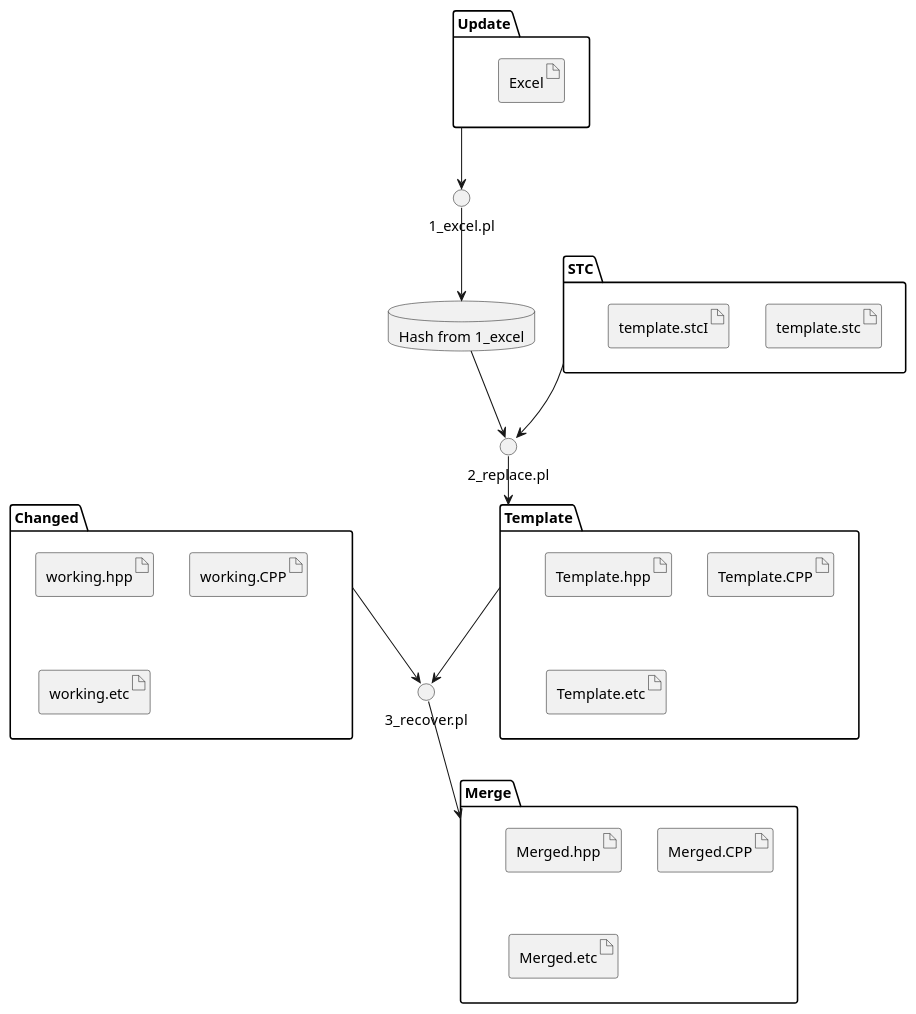
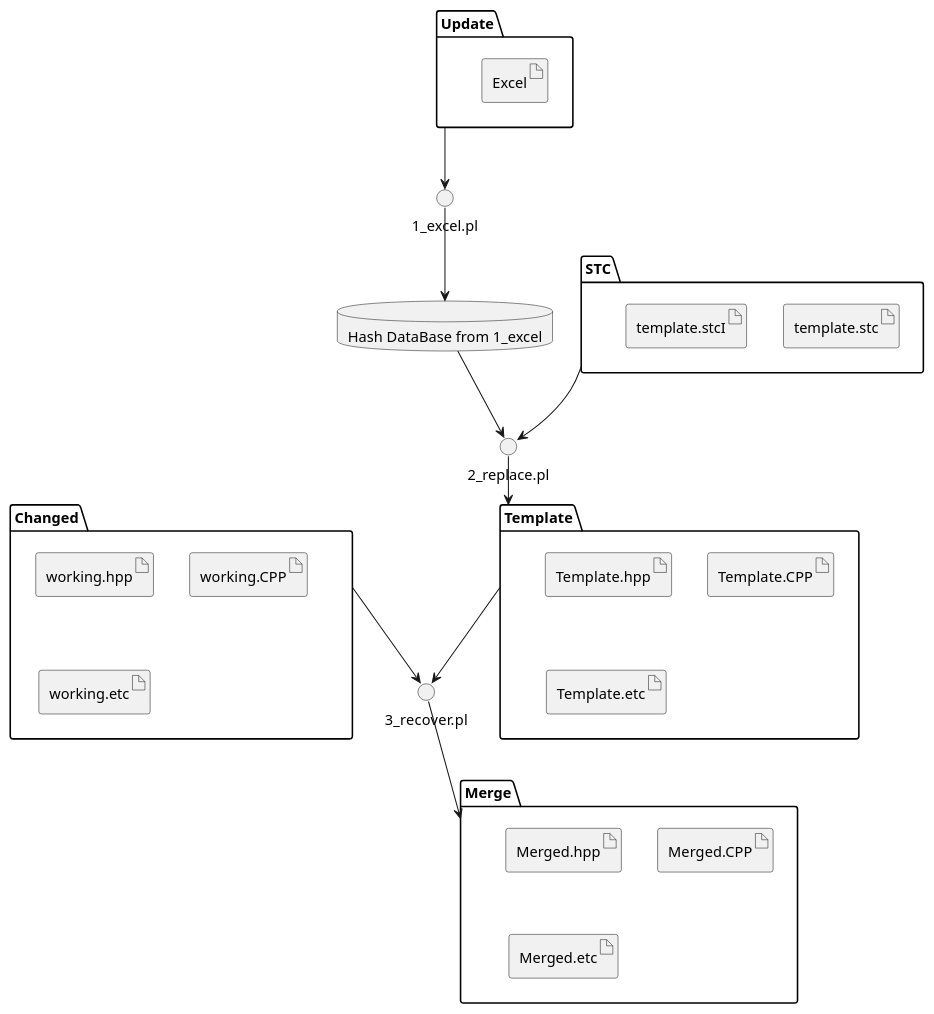
The second of 2 diagrams in README.md (1434cga/CGA_RDL), drawn with PlantUML before and after one commit. The commit also changed other lines of this file and 11 other files, not shown here.

````diff
--- a/README.md
+++ b/README.md
@@ -118,44 +140,44 @@
 ```puml
 @startuml
 folder Update {
   artifact Excel
 }
 
 folder STC {
 	artifact template.stc
 	artifact template.stcI
 }
- 
+
 folder Template {
 	artifact Template.hpp
 	artifact Template.CPP
 	artifact Template.etc
 }
 
 database Hash_Data [
-Hash from 1_excel
+Hash DataBase from 1_excel
 ]
 
 folder Changed {
 	artifact working.hpp
 	artifact working.CPP
 	artifact working.etc
 }
 
 folder Merge {
 	artifact Merged.hpp
 	artifact Merged.CPP
 	artifact Merged.etc
 }
 
 
 Update -down-> 1_excel.pl
 1_excel.pl -down-> Hash_Data
 STC -down-> 2_replace.pl
 Hash_Data -down-> 2_replace.pl
 2_replace.pl -down-> Template
 Template -down-> 3_recover.pl
 Changed -down-> 3_recover.pl
 3_recover.pl -down-> Merge
 @enduml
 ```
````
